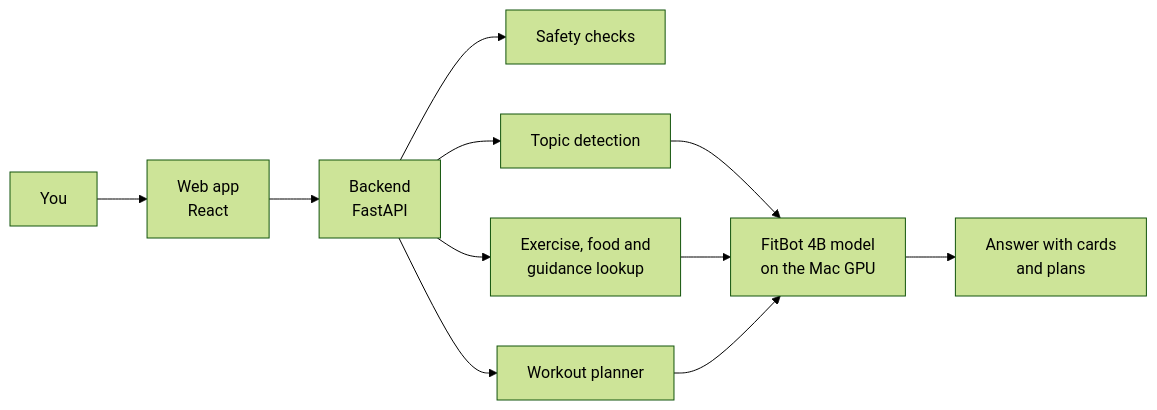
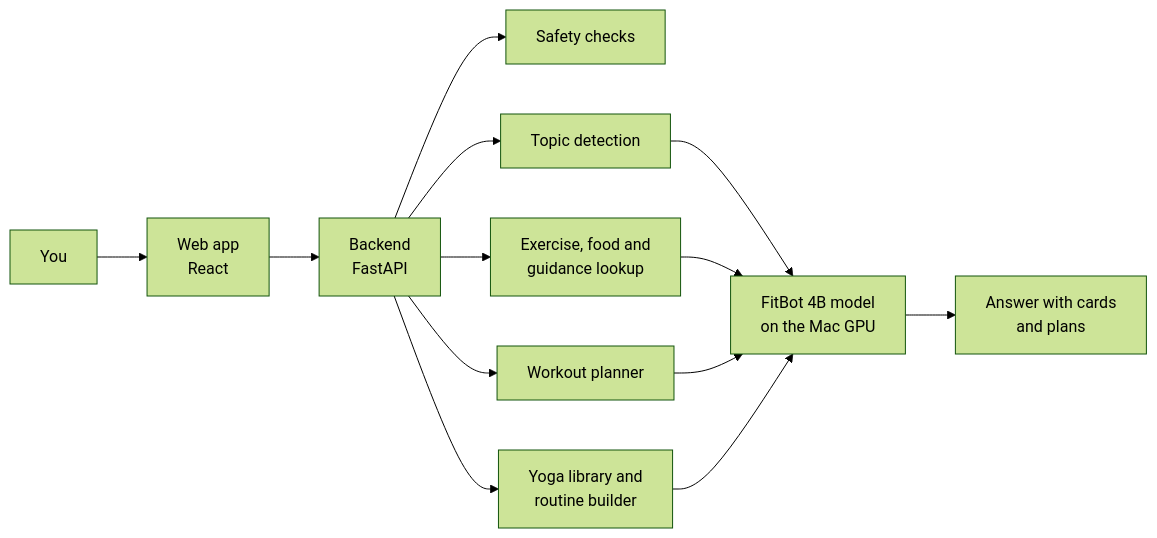
One commit to Vignan2659/FITBOT-SLM changed the diagram in README.md. Above: the diagram before and after it, drawn with Mermaid (forest theme). The commit also changed other lines of this file and 282 other files, not shown here.

````diff
--- a/README.md
+++ b/README.md
@@ -63,11 +69,12 @@
 ```mermaid
 flowchart LR
     U[You] --> W[Web app<br/>React]
     W --> B[Backend<br/>FastAPI]
     B --> S[Safety checks]
     B --> I[Topic detection]
     B --> R[Exercise, food and<br/>guidance lookup]
     B --> P[Workout planner]
-    I & R & P --> M[FitBot 4B model<br/>on the Mac GPU]
+    B --> Y[Yoga library and<br/>routine builder]
+    I & R & P & Y --> M[FitBot 4B model<br/>on the Mac GPU]
     M --> A[Answer with cards<br/>and plans]
 ```
````
